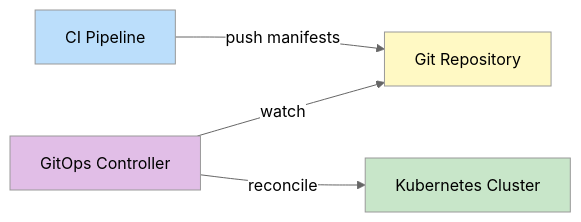
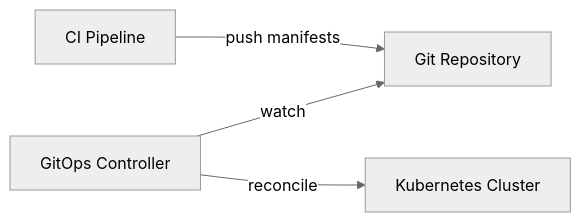
Before and after one commit to shivam-g-mishra/blog: the second of 2 diagrams in docs/cicd/kubernetes-gitops.md, drawn with Mermaid. The commit also changed other lines of this file and 23 other files, not shown here.

First line of the commit message:
fix: improve Mermaid diagram visibility in dark mode

````diff
--- a/docs/cicd/kubernetes-gitops.md
+++ b/docs/cicd/kubernetes-gitops.md
@@ -486,12 +483,7 @@
 ```mermaid
 %%{init: {'theme': 'neutral'}}%%
 flowchart LR
     CI[CI Pipeline] --> |push manifests| GIT[Git Repository]
     GITOPS[GitOps Controller] --> |watch| GIT
     GITOPS --> |reconcile| K8S[Kubernetes Cluster]
-    
-    style CI fill:#bbdefb
-    style GIT fill:#fff9c4
-    style GITOPS fill:#e1bee7
-    style K8S fill:#c8e6c9
 ```
````
